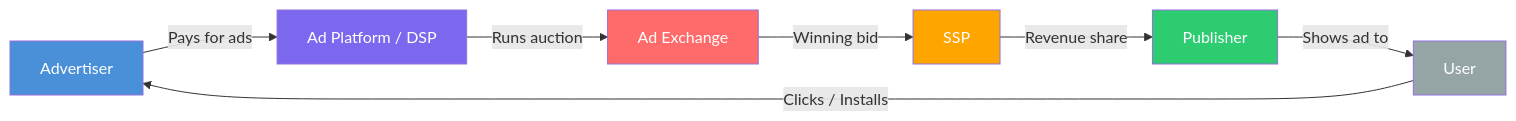
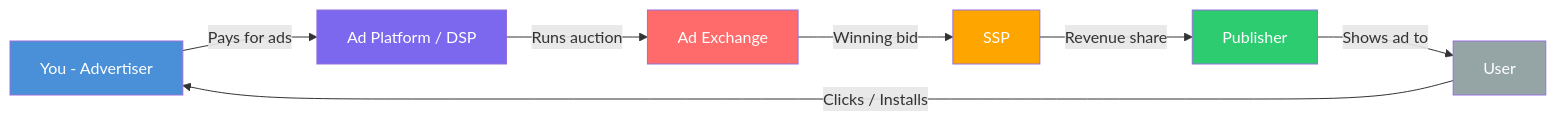
The first of 2 diagrams in concepts/ad-ecosystem.mdx (saanghyuk/ship-your-ads), drawn with Mermaid before and after one commit. The commit also changed other lines of this file and 47 other files, not shown here.

````diff
--- a/concepts/ad-ecosystem.mdx
+++ b/concepts/ad-ecosystem.mdx
@@ -113,16 +158,16 @@
 ```mermaid
 graph LR
-    A[Advertiser] -->|Pays for ads| B[Ad Platform / DSP]
+    A[You - Advertiser] -->|Pays for ads| B[Ad Platform / DSP]
     B -->|Runs auction| C[Ad Exchange]
     C -->|Winning bid| D[SSP]
     D -->|Revenue share| E[Publisher]
     E -->|Shows ad to| F[User]
     F -->|Clicks / Installs| A
 
     style A fill:#4A90D9,color:#fff
     style B fill:#7B68EE,color:#fff
     style C fill:#FF6B6B,color:#fff
     style D fill:#FFA500,color:#fff
     style E fill:#2ECC71,color:#fff
     style F fill:#95A5A6,color:#fff
 ```
````
